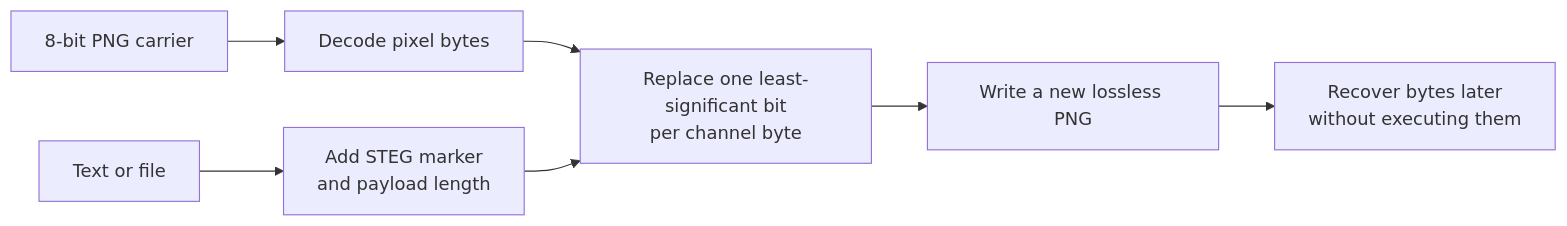
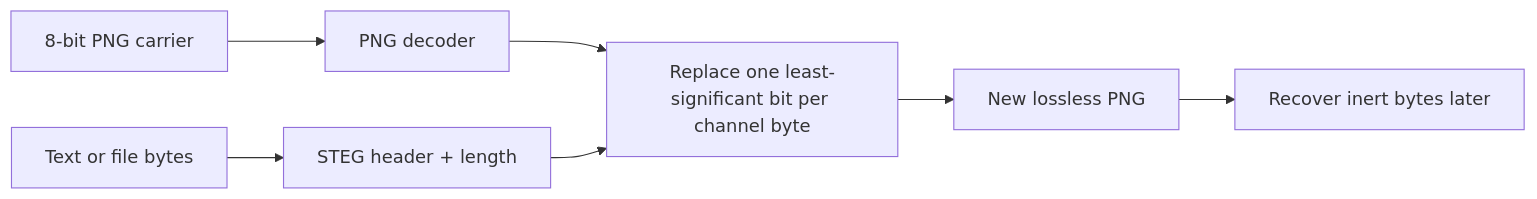
The diagram in README.md (davidrencse/SIMP), drawn with Mermaid before and after one commit. The commit also changed other lines of this file and 71 other files, not shown here.

````diff
--- a/README.md
+++ b/README.md
@@ -90,9 +100,9 @@
 ```mermaid
 flowchart LR
-    A[8-bit PNG carrier] --> B[Decode pixel bytes]
-    P[Text or file] --> C[Add STEG marker<br/>and payload length]
-    B --> D[Replace one least-significant bit<br/>per channel byte]
-    C --> D
-    D --> E[Write a new lossless PNG]
-    E --> F[Recover bytes later<br/>without executing them]
+    A[8-bit PNG carrier] --> C[PNG decoder]
+    B[Text or file bytes] --> D[STEG header + length]
+    C --> E[Replace one least-significant bit per channel byte]
+    D --> E
+    E --> F[New lossless PNG]
+    F --> G[Recover inert bytes later]
 ```
````
